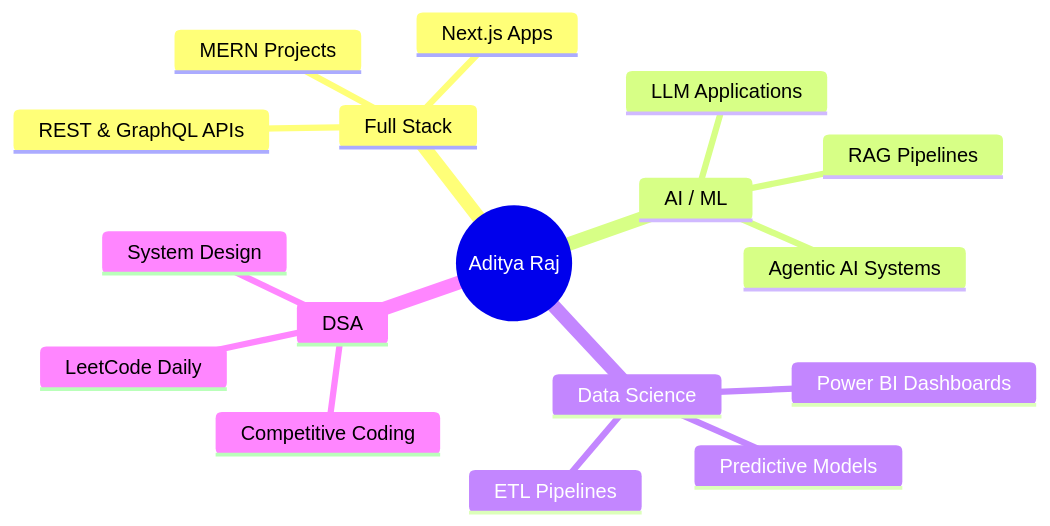
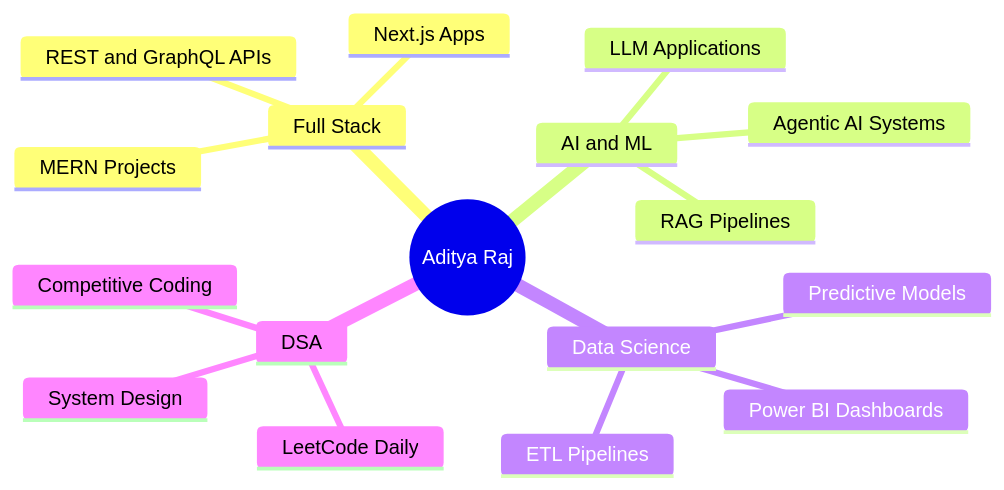
Before and after one commit to adityaraj1001/adityaraj1001: the diagram in README.MD, drawn with Mermaid. The commit also changed other lines of this file, not shown here.

````diff
--- a/README.MD
+++ b/README.MD
@@ -308,20 +319,20 @@
 ```mermaid
 mindmap
   root((Aditya Raj))
     Full Stack
       MERN Projects
       Next.js Apps
-      REST & GraphQL APIs
-    AI / ML
+      REST and GraphQL APIs
+    AI and ML
       LLM Applications
       RAG Pipelines
       Agentic AI Systems
     Data Science
       Power BI Dashboards
       Predictive Models
       ETL Pipelines
     DSA
       LeetCode Daily
       System Design
       Competitive Coding
 ```
````
